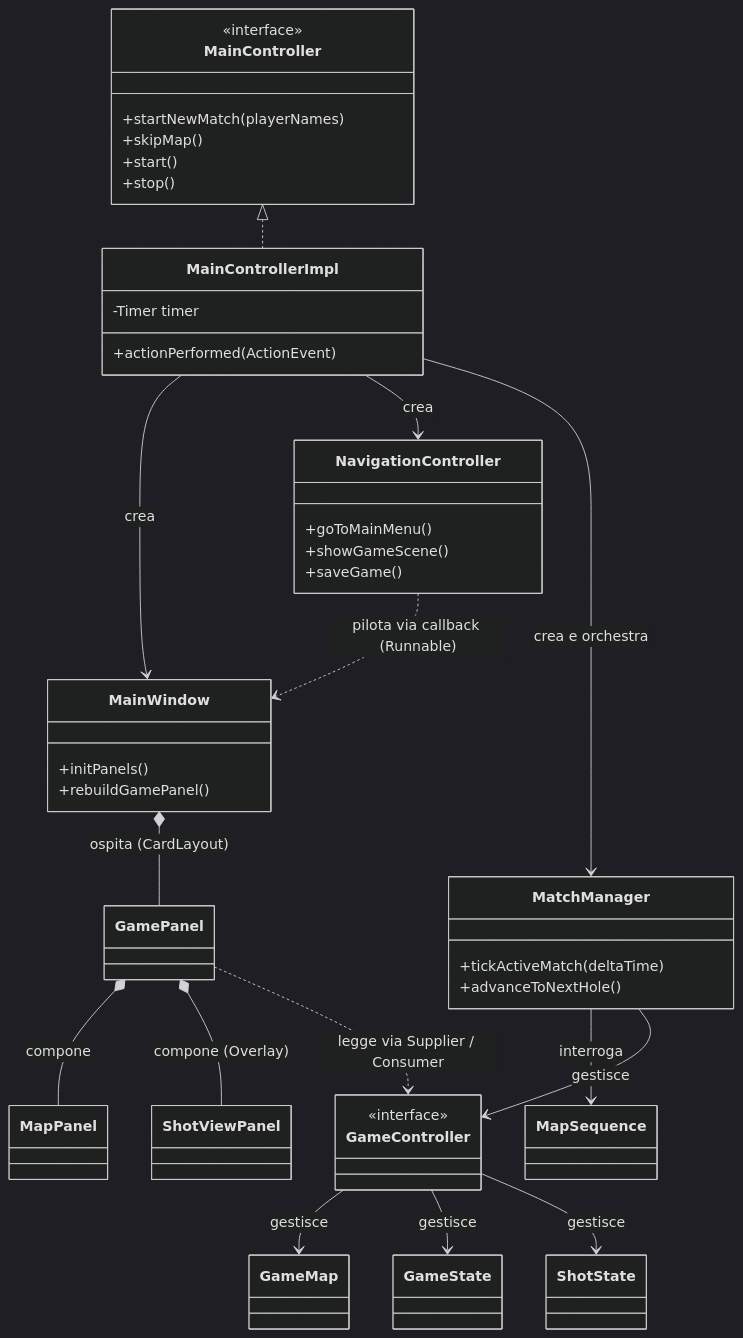
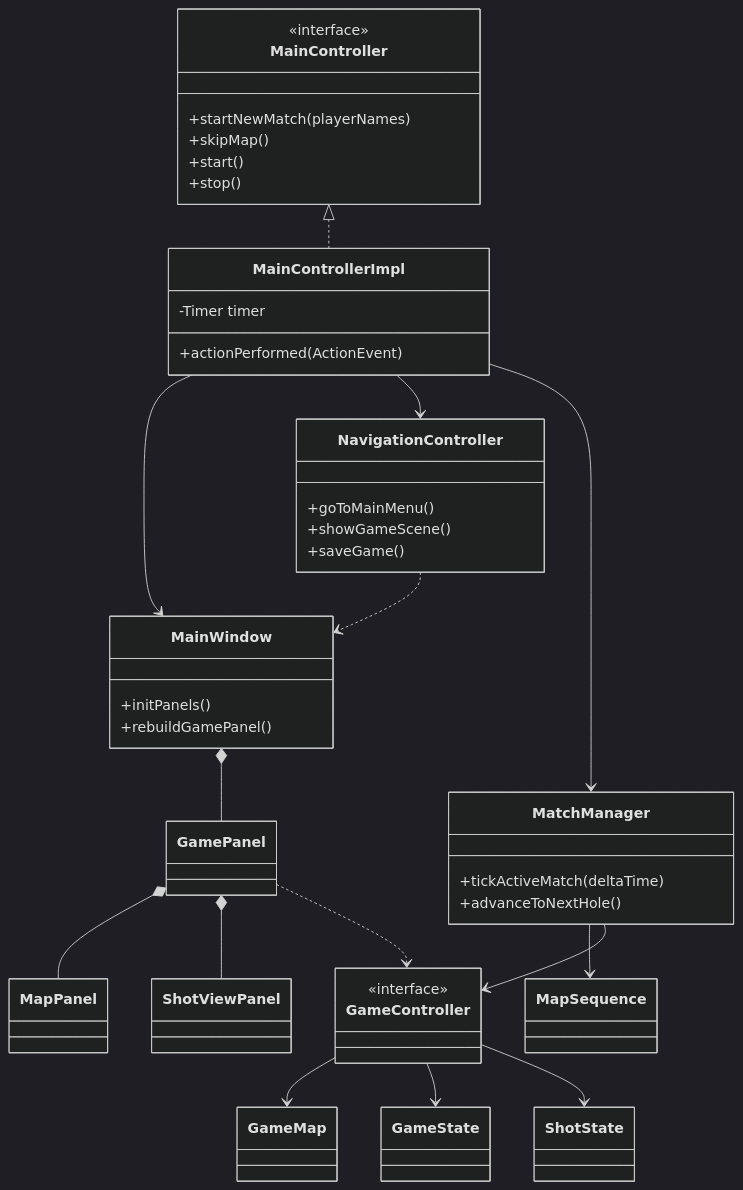
Before and after one commit to jjacomo/OOP25-mini-gOOlf: the second of 12 diagrams in notes/report/report.md, drawn with Mermaid (dark theme). The commit also changed other lines of this file and 1 other file, not shown here.

````diff
--- a/notes/report/report.md
+++ b/notes/report/report.md
@@ -74,66 +103,59 @@
 ```mermaid
 classDiagram
-    %% --- Livello Controller ---
     class MainController {
         <<interface>>
         +startNewMatch(playerNames)
         +skipMap()
         +start()
         +stop()
     }
     class MainControllerImpl {
         -Timer timer
         +actionPerformed(ActionEvent)
     }
     class MatchManager {
         +tickActiveMatch(deltaTime)
         +advanceToNextHole()
     }
     class NavigationController {
         +goToMainMenu()
         +showGameScene()
         +saveGame()
     }
     class GameController {
         <<interface>>
     }
 
-    %% --- Livello View ---
     class MainWindow {
         +initPanels()
         +rebuildGamePanel()
     }
     class GamePanel
     class MapPanel
     class ShotViewPanel
 
-    %% --- Livello Model ---
     class GameMap
     class GameState
     class ShotState
     class MapSequence
 
-    %% Relazioni Controller
     MainController <|.. MainControllerImpl
-    MainControllerImpl --> MainWindow : crea
-    MainControllerImpl --> NavigationController : crea
-    MainControllerImpl --> MatchManager : crea e orchestra
+    MainControllerImpl --> MainWindow
+    MainControllerImpl --> NavigationController
+    MainControllerImpl --> MatchManager
     
-    MatchManager --> MapSequence : interroga
-    MatchManager --> GameController : gestisce
+    MatchManager --> MapSequence
+    MatchManager --> GameController
     
-    NavigationController ..> MainWindow : pilota via callback (Runnable)
+    NavigationController ..> MainWindow
     
-    %% Relazioni View
-    MainWindow *-- GamePanel : ospita (CardLayout)
-    GamePanel *-- MapPanel : compone
-    GamePanel *-- ShotViewPanel : compone (Overlay)
+    MainWindow *-- GamePanel
+    GamePanel *-- MapPanel
+    GamePanel *-- ShotViewPanel
     
-    %% Relazioni MVC (Disaccoppiamento)
-    GamePanel ..> GameController : legge via Supplier / Consumer
+    GamePanel ..> GameController
     
-    %% Relazioni Model
-    GameController --> GameMap : gestisce
-    GameController --> GameState : gestisce
-    GameController --> ShotState : gestisce
+    GameController --> GameMap
+    GameController --> GameState
+    GameController --> ShotState
 ```
````
